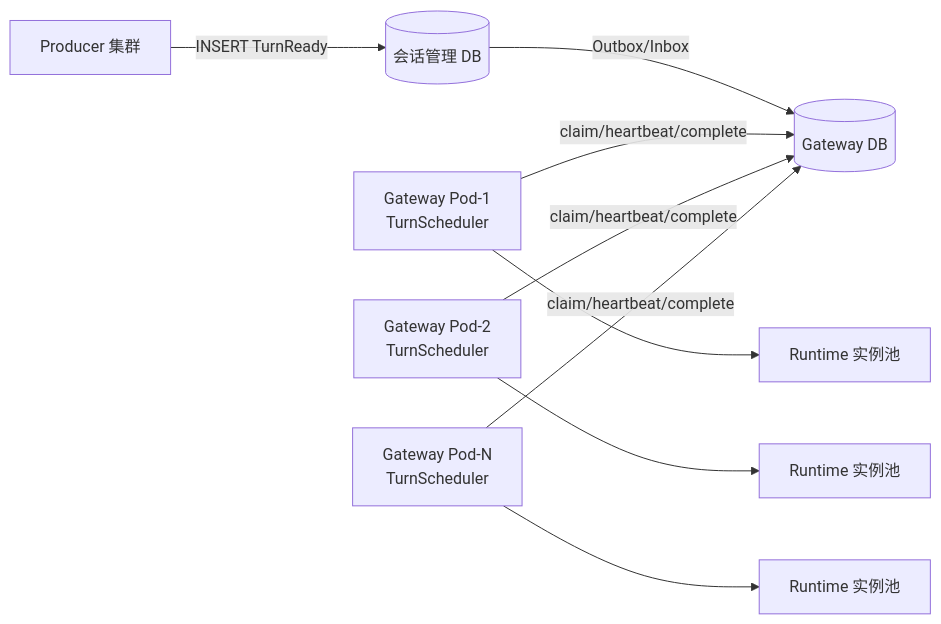
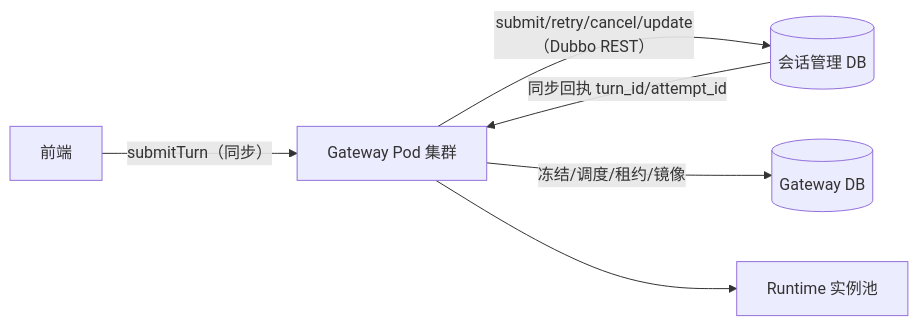
The first of 8 diagrams in design/turn-scheduler-design.md (JamesLi-NLP/AgentGateway), drawn with Mermaid before and after one commit. The commit also changed other lines of this file and 13 other files, not shown here.

````diff
--- a/design/turn-scheduler-design.md
+++ b/design/turn-scheduler-design.md
@@ -68,11 +69,8 @@
 ```mermaid
 flowchart LR
-    P[Producer 集群] -->|INSERT TurnReady| SM[(会话管理 DB)]
-    SM -->|Outbox/Inbox| GW_DB[(Gateway DB)]
-    G1[Gateway Pod-1\nTurnScheduler] -->|claim/heartbeat/complete| GW_DB
-    G2[Gateway Pod-2\nTurnScheduler] -->|claim/heartbeat/complete| GW_DB
-    GN[Gateway Pod-N\nTurnScheduler] -->|claim/heartbeat/complete| GW_DB
-    G1 --> R1[Runtime 实例池]
-    G2 --> R2[Runtime 实例池]
-    GN --> RN[Runtime 实例池]
+    P[前端] -->|submitTurn（同步）| G[Gateway Pod 集群]
+    G -->|submit/retry/cancel/update（Dubbo REST）| SM[(会话管理 DB)]
+    SM -->|同步回执 turn_id/attempt_id| G
+    G -->|冻结/调度/租约/镜像| GW_DB[(Gateway DB)]
+    G --> R[Runtime 实例池]
 ```
````
